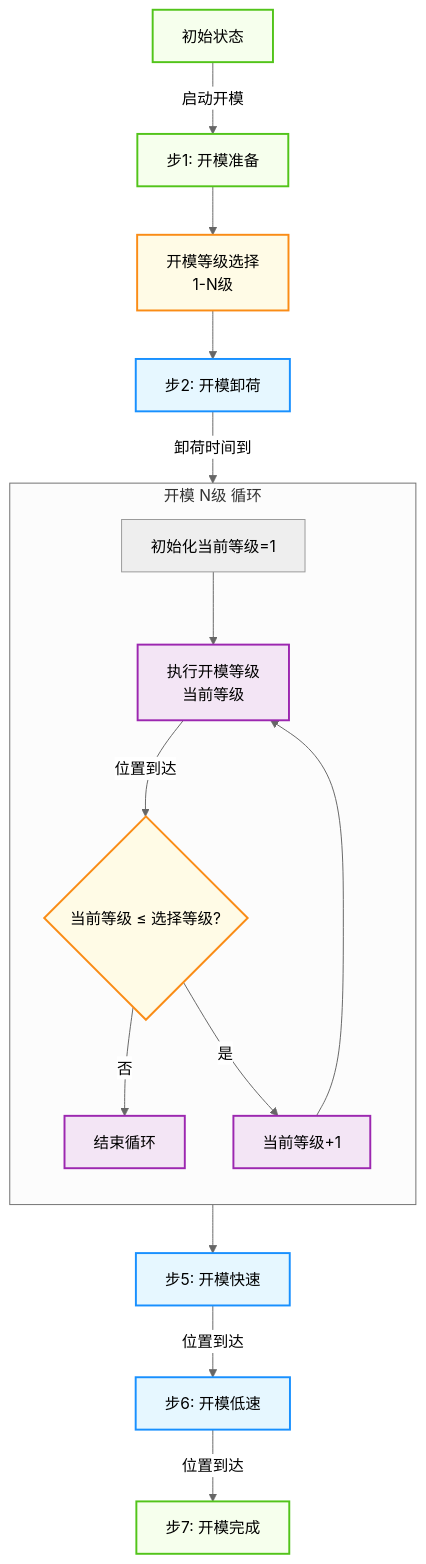
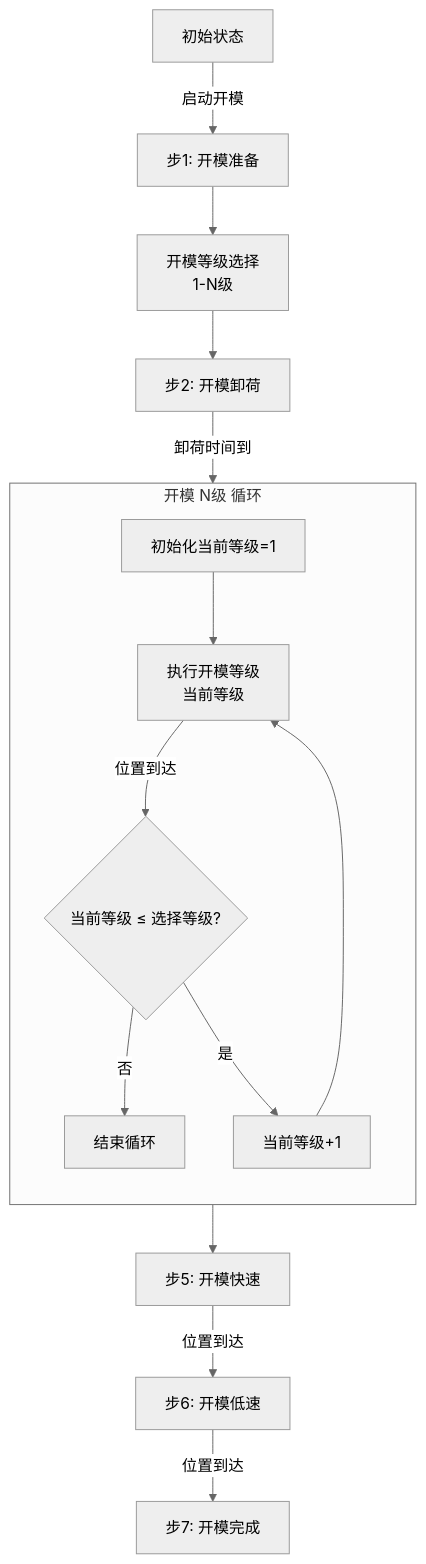
Before and after one commit to Porcheson/inj-machine-docs: the fifth of 8 diagrams in docs/01_开合模功能整理.md, drawn with Mermaid (neutral theme). The commit also changed other lines of this file and 1 other file, not shown here.

Commit message:
优化开合模功能文档的Mermaid图表样式，支持浅色和深色主题切换

````diff
--- a/docs/01_开合模功能整理.md
+++ b/docs/01_开合模功能整理.md
@@ -248,32 +235,27 @@
 ```mermaid
 flowchart TD
     Start[初始状态] -->|启动开模| Step1[步1: 开模准备]
     Step1 --> Select[开模等级选择
 1-N级]
     Select --> Step2[步2: 开模卸荷]
     Step2 -->|卸荷时间到| Init[初始化当前等级=1]
   
     subgraph 开模 N级 循环
         direction TB
         Init --> Execute[执行开模等级
 当前等级]
         Execute -->|位置到达| CheckLoop{当前等级 ≤ 选择等级?}
         CheckLoop -->|否| EndLoop[结束循环]
         CheckLoop -->|是| Increment[当前等级+1]
         Increment --> Execute
     end
   
     EndLoop --> Step5[步5: 开模快速]
     Step5 -->|位置到达| Step6[步6: 开模低速]
     Step6 -->|位置到达| Step7[步7: 开模完成]
   
-    classDef step fill:#e6f7ff,stroke:#1890ff,stroke-width:2px,rounded
-    classDef complete fill:#f6ffed,stroke:#52c41a,stroke-width:2px,rounded
-    classDef decision fill:#fffbe6,stroke:#fa8c16,stroke-width:2px,rounded
-    classDef loop fill:#f3e5f5,stroke:#9c27b0,stroke-width:2px,rounded
-  
     class Step2,Step5,Step6 step
     class Step1,Step7,Start complete
     class CheckLoop,Select decision
     class EndLoop,Increment,Execute loop
 ```
````
